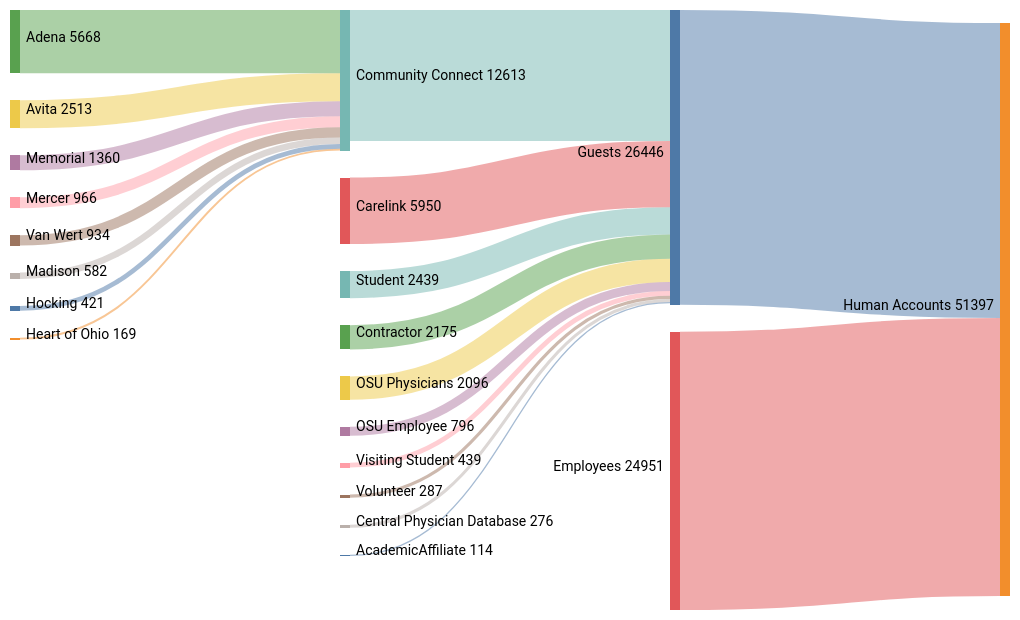
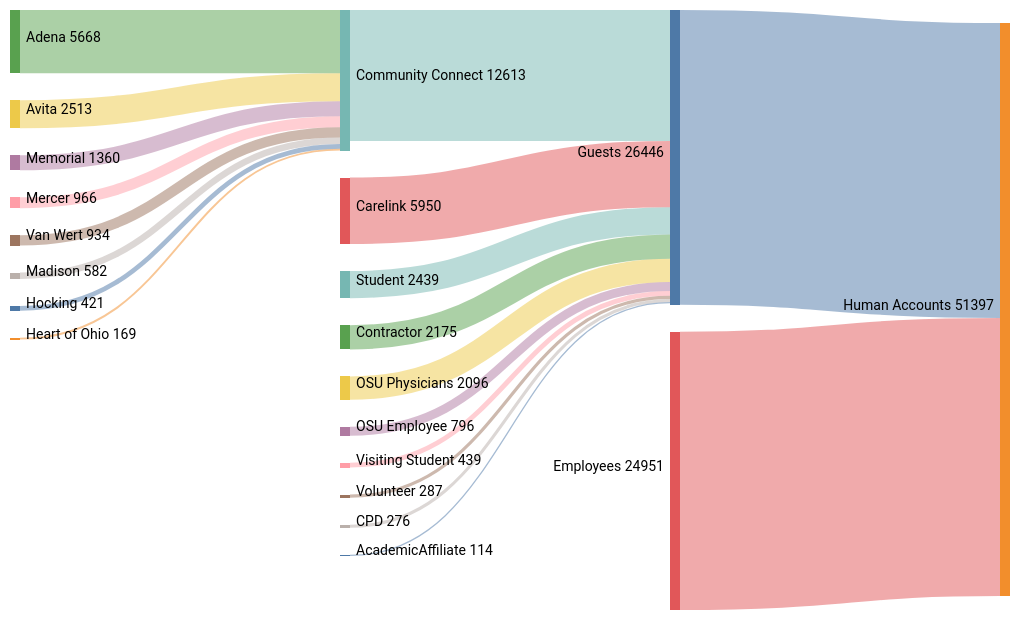
The diagram in Users.md (stahler/MermaidDiagrams), drawn with Mermaid (neutral theme) before and after one commit. The commit also changed 1 other file, not shown here.

````diff
--- a/Users.md
+++ b/Users.md
@@ -1,34 +1,34 @@
 ```mermaid
 ---
 config:
   sankey:
     showValues: true
     linkColor: source 
     nodeAlignment: right
     width: 1000
     height: 600
 ---
 sankey-beta
-Guests,Human Accounts, 26446
-Employees,Human Accounts,24951
-Community Connect,Guests,11741
+Guests,             Human Accounts,     26446
+Employees,          Human Accounts,     24951
+Community Connect,  Guests,             11741
 
-Adena, Community Connect, 5668
-Avita, Community Connect,2513
-Memorial,Community Connect,1360
-Mercer,Community Connect,966
-Van Wert,Community Connect,934
-Madison,Community Connect,582
-Hocking,Community Connect,421
-Heart of Ohio,Community Connect,169
+Adena,              Community Connect,  5668
+Avita,              Community Connect,  2513
+Memorial,           Community Connect,  1360
+Mercer,             Community Connect,  966
+Van Wert,           Community Connect,  934
+Madison,            Community Connect,  582
+Hocking,            Community Connect,  421
+Heart of Ohio,      Community Connect,  169
 
-Carelink,Guests,5950
-Student,Guests,2439 
-Contractor,Guests,2175 
-OSU Physicians,Guests,2096 
-OSU Employee,Guests,796 
-Visiting Student,Guests,439 
-Volunteer,Guests,287 
-Central Physician Database,Guests,276
-AcademicAffiliate,Guests,114 
+Carelink,           Guests,             5950
+Student,            Guests,             2439 
+Contractor,         Guests,             2175 
+OSU Physicians,     Guests,             2096 
+OSU Employee,       Guests,             796 
+Visiting Student,   Guests,             439 
+Volunteer,          Guests,             287 
+CPD,                Guests,             276
+AcademicAffiliate,  Guests,             114 
  ```
````
